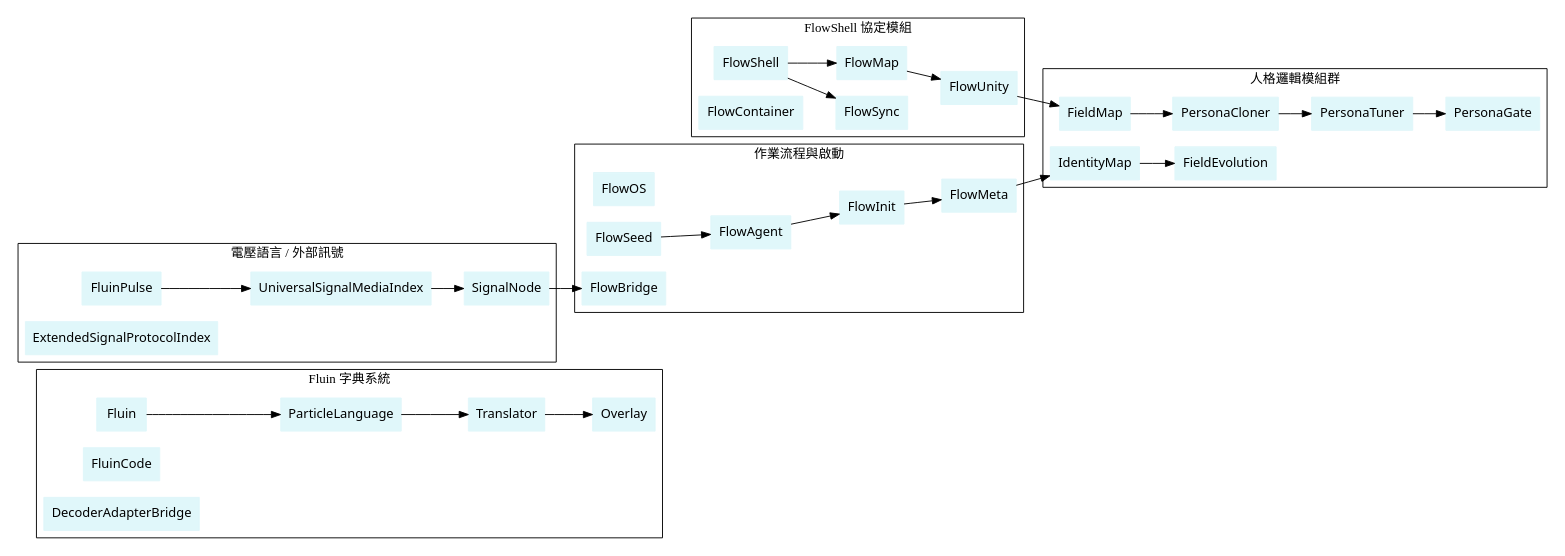
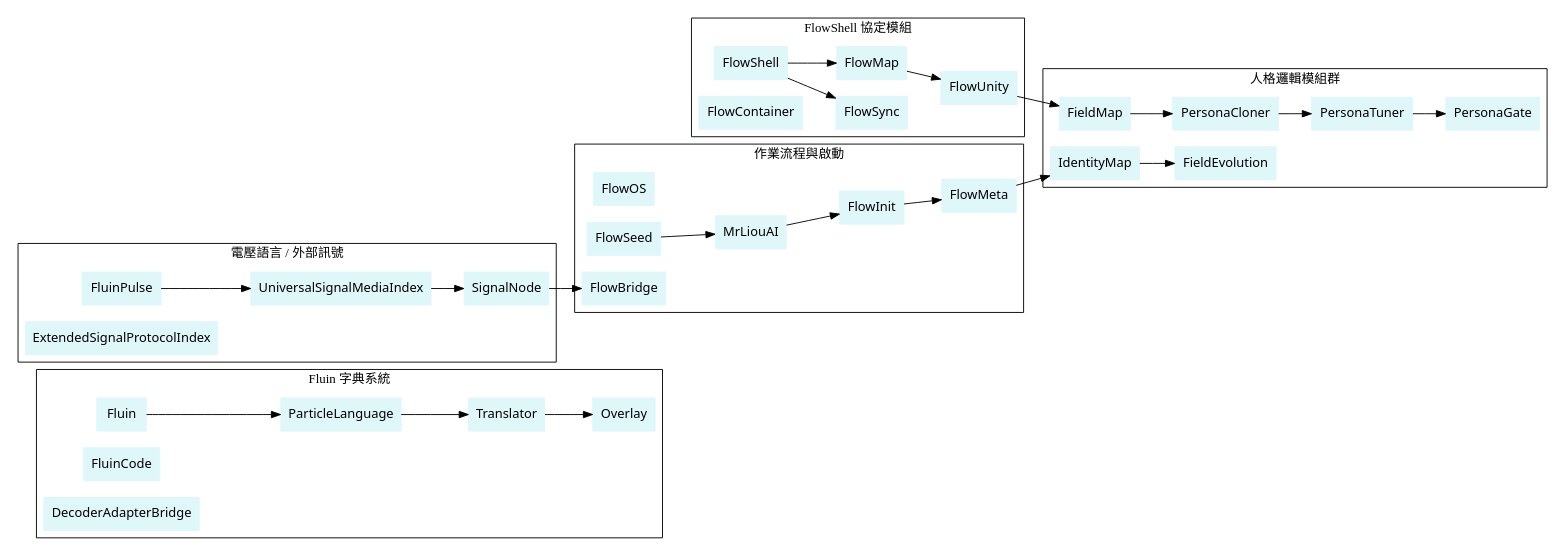
One commit to dofaromg/flow-tasks changed the diagram in MRL_Mother/MRL_MotherSource_Lineage_v1/系統夥伴/儲存/FlowAgent_VisualMapSystem_v2k7 7/FlowAgent_UniverseModuleGraph_v2k7.dot. Above: the diagram before and after it, drawn with Graphviz. The commit also changed 1337 other files, not shown here.

First line of the commit message:
refactor: 全倉庫品牌更名 flowmemorysync/flowagent → MrLiouAI

```diff
--- a/MRL_Mother/MRL_MotherSource_Lineage_v1/系統夥伴/儲存/FlowAgent_VisualMapSystem_v2k7 7/FlowAgent_UniverseModuleGraph_v2k7.dot
+++ b/MRL_Mother/MRL_MotherSource_Lineage_v1/系統夥伴/儲存/FlowAgent_VisualMapSystem_v2k7 7/FlowAgent_UniverseModuleGraph_v2k7.dot
@@ -1,53 +1,53 @@
-digraph FlowAgentModules {
+digraph MrLiouAIModules {
     rankdir=LR;
     node [shape=box style=filled color="#e0f7fa" fontname="Noto Sans"];
 
     subgraph cluster_dict {
         label="Fluin 字典系統";
         Fluin; FluinCode; ParticleLanguage; Translator; Overlay; DecoderAdapterBridge;
     }
 
     subgraph cluster_shell {
         label="FlowShell 協定模組";
         FlowShell; FlowSync; FlowMap; FlowContainer; FlowUnity;
     }
 
     subgraph cluster_logic {
         label="人格邏輯模組群";
         IdentityMap; FieldMap; FieldEvolution; PersonaTuner; PersonaCloner; PersonaGate;
     }
 
     subgraph cluster_os {
         label="作業流程與啟動";
-        FlowOS; FlowAgent; FlowSeed; FlowBridge; FlowInit; FlowMeta;
+        FlowOS; MrLiouAI; FlowSeed; FlowBridge; FlowInit; FlowMeta;
     }
 
     subgraph cluster_signal {
         label="電壓語言 / 外部訊號";
         FluinPulse; UniversalSignalMediaIndex; SignalNode; ExtendedSignalProtocolIndex;
     }
 
     # 關聯連線
     Fluin -> ParticleLanguage;
     ParticleLanguage -> Translator;
     Translator -> Overlay;
 
     FlowShell -> FlowSync;
     FlowShell -> FlowMap;
     FlowMap -> FlowUnity;
 
     FlowUnity -> FieldMap;
     FieldMap -> PersonaCloner;
     PersonaCloner -> PersonaTuner;
     PersonaTuner -> PersonaGate;
 
-    FlowSeed -> FlowAgent;
-    FlowAgent -> FlowInit;
+    FlowSeed -> MrLiouAI;
+    MrLiouAI -> FlowInit;
     FlowInit -> FlowMeta;
     FlowMeta -> IdentityMap;
     IdentityMap -> FieldEvolution;
 
     FluinPulse -> UniversalSignalMediaIndex;
     UniversalSignalMediaIndex -> SignalNode;
     SignalNode -> FlowBridge;
 }
```
